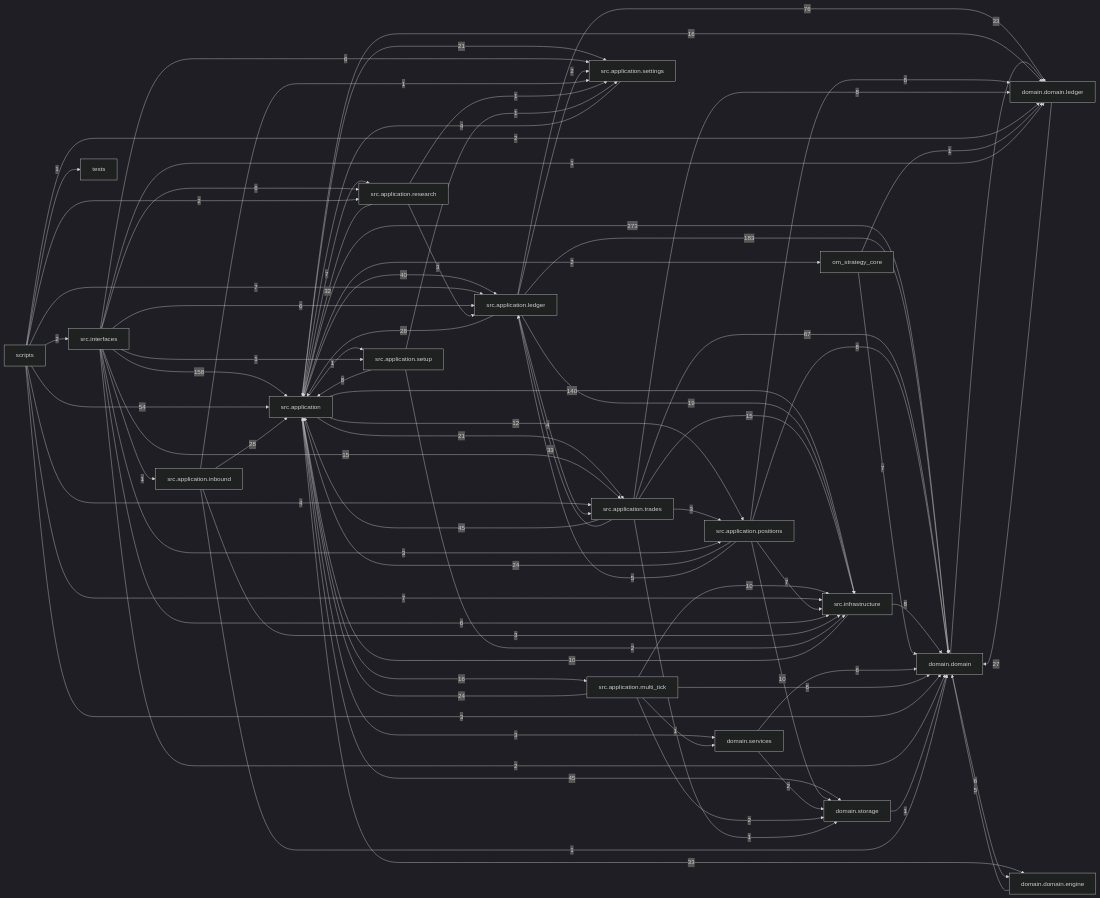
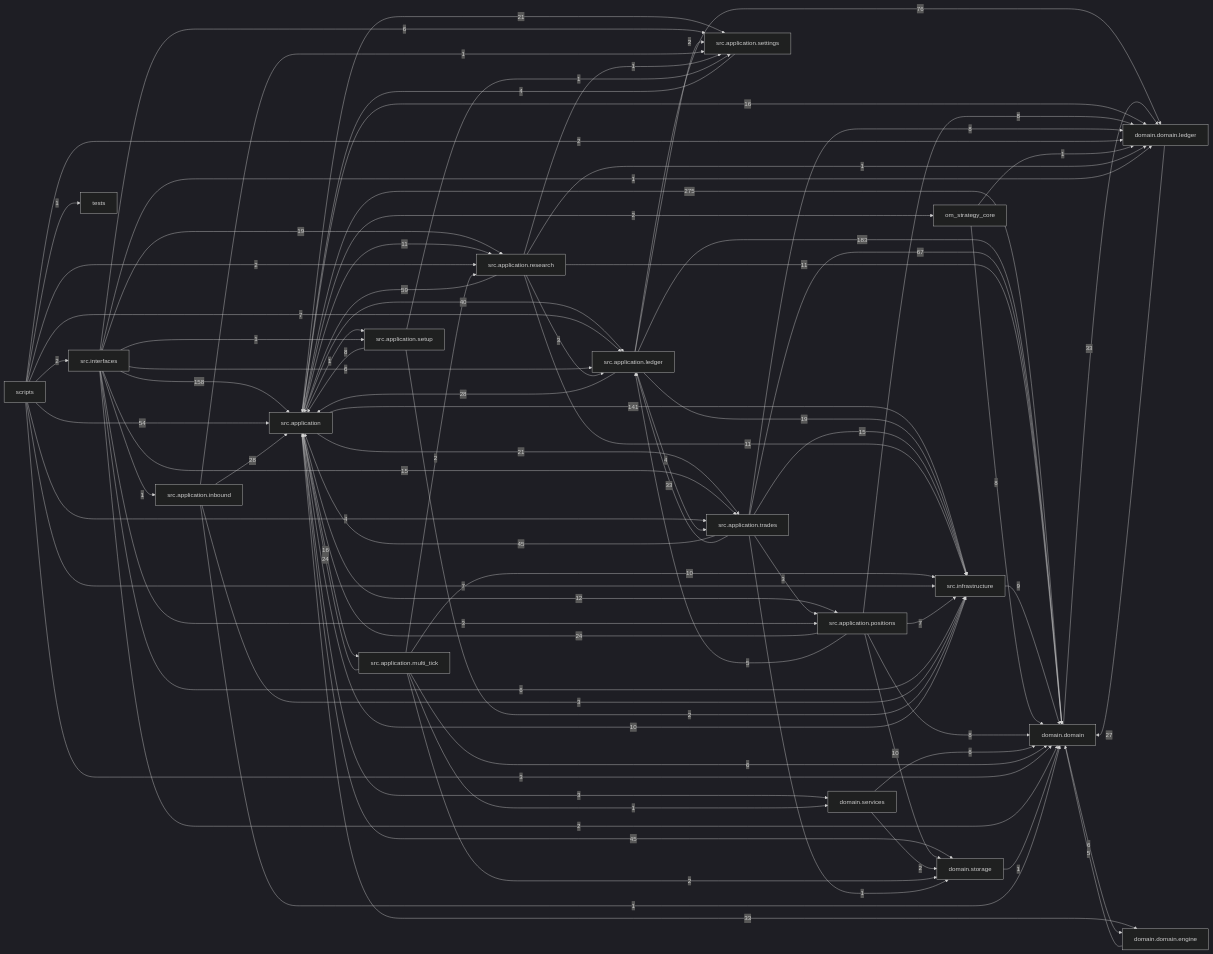
Before and after one commit to liuxie066/options-monitor: the diagram in docs/dependency_graph.mmd, drawn with Mermaid (dark theme). The commit also changed 47 other files, not shown here.

```diff
--- a/docs/dependency_graph.mmd
+++ b/docs/dependency_graph.mmd
@@ -1,81 +1,85 @@
 flowchart LR
-  src_application["src.application"] -->|273| domain_domain["domain.domain"]
+  src_application["src.application"] -->|275| domain_domain["domain.domain"]
   src_application_ledger["src.application.ledger"] -->|183| domain_domain["domain.domain"]
   src_interfaces["src.interfaces"] -->|158| src_application["src.application"]
-  src_application["src.application"] -->|140| src_infrastructure["src.infrastructure"]
+  src_application["src.application"] -->|141| src_infrastructure["src.infrastructure"]
   src_application_ledger["src.application.ledger"] -->|76| domain_domain_ledger["domain.domain.ledger"]
   src_application_trades["src.application.trades"] -->|67| domain_domain["domain.domain"]
+  src_application_research["src.application.research"] -->|59| src_application["src.application"]
   scripts["scripts"] -->|54| src_application["src.application"]
   src_application["src.application"] -->|45| domain_storage["domain.storage"]
   src_application_trades["src.application.trades"] -->|45| src_application["src.application"]
   src_application["src.application"] -->|40| src_application_ledger["src.application.ledger"]
   domain_domain["domain.domain"] -->|33| domain_domain_ledger["domain.domain.ledger"]
   src_application["src.application"] -->|33| domain_domain_engine["domain.domain.engine"]
   src_application_trades["src.application.trades"] -->|33| src_application_ledger["src.application.ledger"]
-  src_application_research["src.application.research"] -->|32| src_application["src.application"]
   src_application_inbound["src.application.inbound"] -->|28| src_application["src.application"]
   src_application_ledger["src.application.ledger"] -->|28| src_application["src.application"]
   domain_domain_ledger["domain.domain.ledger"] -->|27| domain_domain["domain.domain"]
   src_application_multi_tick["src.application.multi_tick"] -->|24| src_application["src.application"]
   src_application_positions["src.application.positions"] -->|24| src_application["src.application"]
   src_application["src.application"] -->|21| src_application_settings["src.application.settings"]
   src_application["src.application"] -->|21| src_application_trades["src.application.trades"]
   src_application_ledger["src.application.ledger"] -->|19| src_infrastructure["src.infrastructure"]
+  src_interfaces["src.interfaces"] -->|19| src_application_research["src.application.research"]
   src_application["src.application"] -->|16| domain_domain_ledger["domain.domain.ledger"]
   src_application["src.application"] -->|16| src_application_multi_tick["src.application.multi_tick"]
   src_application_trades["src.application.trades"] -->|15| src_infrastructure["src.infrastructure"]
   src_interfaces["src.interfaces"] -->|15| src_application_trades["src.application.trades"]
   src_application["src.application"] -->|12| src_application_positions["src.application.positions"]
+  src_application["src.application"] -->|11| src_application_research["src.application.research"]
+  src_application_research["src.application.research"] -->|11| domain_domain["domain.domain"]
+  src_application_research["src.application.research"] -->|11| src_infrastructure["src.infrastructure"]
   src_application_multi_tick["src.application.multi_tick"] -->|10| src_infrastructure["src.infrastructure"]
   src_application_positions["src.application.positions"] -->|10| domain_storage["domain.storage"]
   src_infrastructure["src.infrastructure"] -->|10| src_application["src.application"]
+  src_infrastructure["src.infrastructure"] -->|9| domain_domain["domain.domain"]
+  om_strategy_core["om_strategy_core"] -->|8| domain_domain["domain.domain"]
   src_application_positions["src.application.positions"] -->|8| domain_domain["domain.domain"]
   src_application_positions["src.application.positions"] -->|8| domain_domain_ledger["domain.domain.ledger"]
   src_application_setup["src.application.setup"] -->|8| src_application["src.application"]
   src_application_trades["src.application.trades"] -->|8| domain_domain_ledger["domain.domain.ledger"]
-  src_infrastructure["src.infrastructure"] -->|8| domain_domain["domain.domain"]
-  om_strategy_core["om_strategy_core"] -->|7| domain_domain["domain.domain"]
   scripts["scripts"] -->|7| src_application_ledger["src.application.ledger"]
   scripts["scripts"] -->|7| src_infrastructure["src.infrastructure"]
-  src_application["src.application"] -->|7| src_application_research["src.application.research"]
   src_application_positions["src.application.positions"] -->|7| src_infrastructure["src.infrastructure"]
   domain_domain["domain.domain"] -->|6| domain_domain_engine["domain.domain.engine"]
   domain_services["domain.services"] -->|6| domain_domain["domain.domain"]
   src_application_multi_tick["src.application.multi_tick"] -->|6| domain_domain["domain.domain"]
   src_interfaces["src.interfaces"] -->|6| src_application_ledger["src.application.ledger"]
-  src_interfaces["src.interfaces"] -->|6| src_application_research["src.application.research"]
   src_interfaces["src.interfaces"] -->|6| src_application_settings["src.application.settings"]
   src_interfaces["src.interfaces"] -->|6| src_infrastructure["src.infrastructure"]
   domain_domain_engine["domain.domain.engine"] -->|5| domain_domain["domain.domain"]
   src_application_positions["src.application.positions"] -->|5| src_application_ledger["src.application.ledger"]
   scripts["scripts"] -->|4| src_application_trades["src.application.trades"]
   src_application_ledger["src.application.ledger"] -->|4| src_application_trades["src.application.trades"]
   src_application_settings["src.application.settings"] -->|4| src_application["src.application"]
   scripts["scripts"] -->|3| domain_domain["domain.domain"]
   src_application["src.application"] -->|3| domain_services["domain.services"]
   src_application_inbound["src.application.inbound"] -->|3| src_infrastructure["src.infrastructure"]
   src_application_research["src.application.research"] -->|3| src_application_ledger["src.application.ledger"]
   src_application_trades["src.application.trades"] -->|3| src_application_positions["src.application.positions"]
   src_interfaces["src.interfaces"] -->|3| src_application_positions["src.application.positions"]
   domain_services["domain.services"] -->|2| domain_storage["domain.storage"]
   scripts["scripts"] -->|2| domain_domain_ledger["domain.domain.ledger"]
   scripts["scripts"] -->|2| src_application_research["src.application.research"]
   scripts["scripts"] -->|2| src_interfaces["src.interfaces"]
   src_application["src.application"] -->|2| om_strategy_core["om_strategy_core"]
   src_application_ledger["src.application.ledger"] -->|2| src_application_settings["src.application.settings"]
   src_application_multi_tick["src.application.multi_tick"] -->|2| domain_storage["domain.storage"]
+  src_application_multi_tick["src.application.multi_tick"] -->|2| src_application_research["src.application.research"]
   src_application_setup["src.application.setup"] -->|2| src_infrastructure["src.infrastructure"]
   src_interfaces["src.interfaces"] -->|2| domain_domain["domain.domain"]
   domain_storage["domain.storage"] -->|1| domain_domain["domain.domain"]
   om_strategy_core["om_strategy_core"] -->|1| domain_domain_ledger["domain.domain.ledger"]
   scripts["scripts"] -->|1| tests["tests"]
   src_application["src.application"] -->|1| src_application_setup["src.application.setup"]
   src_application_inbound["src.application.inbound"] -->|1| domain_domain["domain.domain"]
   src_application_inbound["src.application.inbound"] -->|1| src_application_settings["src.application.settings"]
   src_application_multi_tick["src.application.multi_tick"] -->|1| domain_services["domain.services"]
+  src_application_research["src.application.research"] -->|1| domain_domain_ledger["domain.domain.ledger"]
   src_application_research["src.application.research"] -->|1| src_application_settings["src.application.settings"]
   src_application_setup["src.application.setup"] -->|1| src_application_settings["src.application.settings"]
   src_application_trades["src.application.trades"] -->|1| domain_storage["domain.storage"]
   src_interfaces["src.interfaces"] -->|1| domain_domain_ledger["domain.domain.ledger"]
   src_interfaces["src.interfaces"] -->|1| src_application_inbound["src.application.inbound"]
   src_interfaces["src.interfaces"] -->|1| src_application_setup["src.application.setup"]
```
